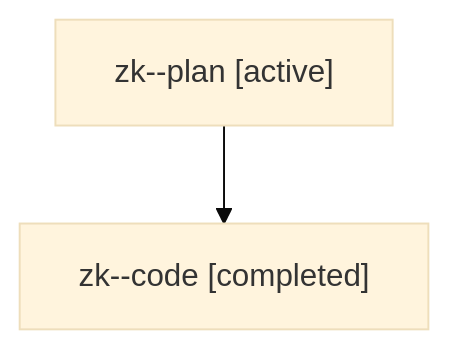
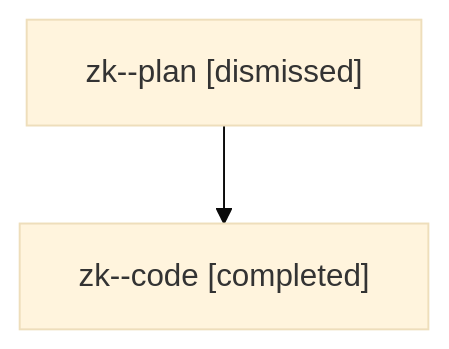
One commit to sase-org/sase--agents changed the diagram in sessions/bbugyi200.athena.zk.md. Above: the diagram before and after it, drawn with Mermaid (base theme). The commit also changed other lines of this file and 35 other files, not shown here.

````diff
--- a/sessions/bbugyi200.athena.zk.md
+++ b/sessions/bbugyi200.athena.zk.md
@@ -9,6 +9,6 @@
 ```mermaid
 flowchart TD
-  n0["zk--plan [active]"]
+  n0["zk--plan [dismissed]"]
   n1["zk--code [completed]"]
   n0 --> n1
 ```
````
